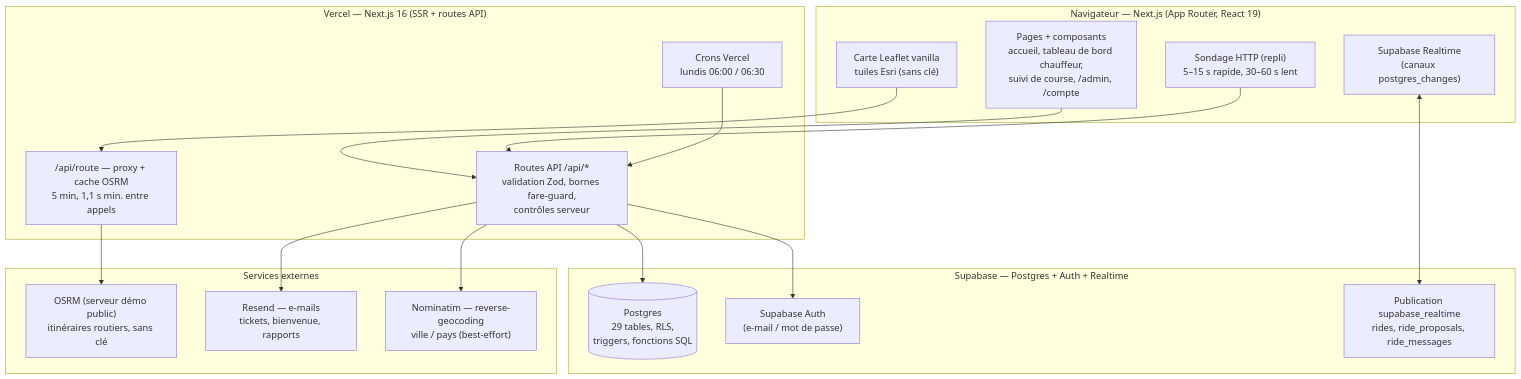
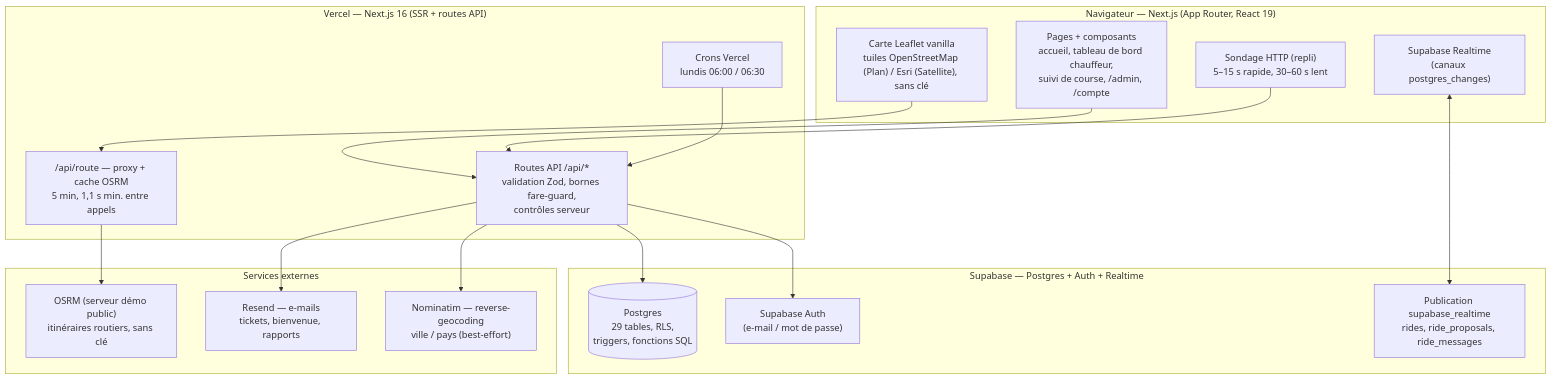
Before and after one commit to BVDMANN/Stacks-Drive: the first of 3 diagrams in docs/ARCHITECTURE.md, drawn with Mermaid. The commit also changed other lines of this file and 27 other files, not shown here.

Commit message:
v2.38-v2.41 : annulation sans motif, carte mobile corrigee, vue admin En direct, carte OpenStreetMap claire

````diff
--- a/docs/ARCHITECTURE.md
+++ b/docs/ARCHITECTURE.md
@@ -29,34 +29,34 @@
 ```mermaid
 flowchart TB
     subgraph Client["Navigateur — Next.js (App Router, React 19)"]
         UI["Pages + composants<br/>accueil, tableau de bord chauffeur,<br/>suivi de course, /admin, /compte"]
-        MAP["Carte Leaflet vanilla<br/>tuiles Esri (sans clé)"]
+        MAP["Carte Leaflet vanilla<br/>tuiles OpenStreetMap (Plan) / Esri (Satellite), sans clé"]
         RT["Supabase Realtime<br/>(canaux postgres_changes)"]
         POLL["Sondage HTTP (repli)<br/>5–15 s rapide, 30–60 s lent"]
     end
     subgraph Vercel["Vercel — Next.js 16 (SSR + routes API)"]
         API["Routes API /api/*<br/>validation Zod, bornes fare-guard,<br/>contrôles serveur"]
         CRON["Crons Vercel<br/>lundis 06:00 / 06:30"]
         OSRM_PROXY["/api/route — proxy + cache OSRM<br/>5 min, 1,1 s min. entre appels"]
     end
     subgraph Supabase["Supabase — Postgres + Auth + Realtime"]
         PG[("Postgres<br/>29 tables, RLS,<br/>triggers, fonctions SQL")]
         AUTH["Supabase Auth<br/>(e-mail / mot de passe)"]
         PUB["Publication supabase_realtime<br/>rides, ride_proposals, ride_messages"]
     end
     subgraph Ext["Services externes"]
         OSRM["OSRM (serveur démo public)<br/>itinéraires routiers, sans clé"]
         RESEND["Resend — e-mails<br/>tickets, bienvenue, rapports"]
         NOM["Nominatim — reverse-geocoding<br/>ville / pays (best-effort)"]
     end
     UI --> API
     MAP --> OSRM_PROXY
     RT <--> PUB
     POLL --> API
     API --> PG
     API --> AUTH
     CRON --> API
     OSRM_PROXY --> OSRM
     API --> RESEND
     API --> NOM
 ```
````
